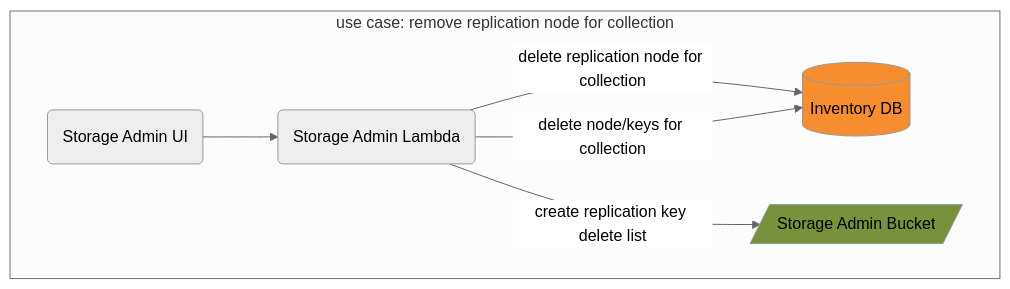
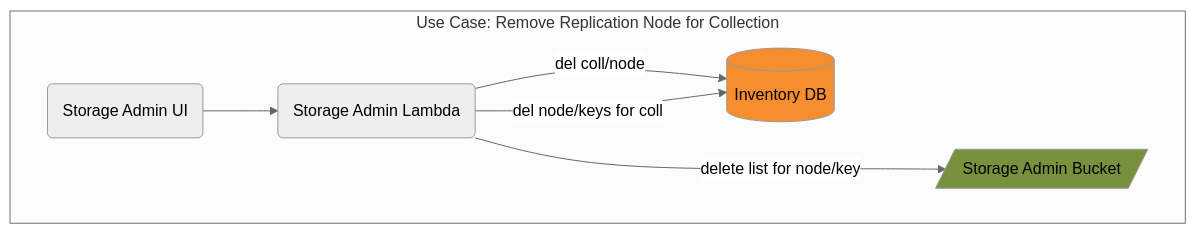
One commit to CDLUC3/mrt-doc changed the diagram in diagrams/store-admin-del-node.mmd. Above: the diagram before and after it, drawn with Mermaid. The commit also changed 9 other files, not shown here.

Commit message:
refine store admin diagrams

```diff
--- a/diagrams/store-admin-del-node.mmd
+++ b/diagrams/store-admin-del-node.mmd
@@ -1,16 +1,16 @@
 %%{init: {'theme': 'neutral', 'securityLevel': 'loose'}}%%
 graph TD
   SAUI("Storage Admin UI")
   SA("Storage Admin Lambda")
   RDS[(Inventory DB)]
   SABUCK[/"Storage Admin Bucket"/]
 
-  subgraph "use case: remove replication node for collection"
+  subgraph "Use Case: Remove Replication Node for Collection"
     SAUI-->SA
-    SA-->|"delete replication node for collection"|RDS
-    SA-->|"create replication key delete list"|SABUCK
-    SA-->|"delete node/keys for collection"|RDS
+    SA-->|"del coll/node"|RDS
+    SA--->|"delete list for node/key"|SABUCK
+    SA-->|"del node/keys for coll"|RDS
   end
 
   style RDS fill:#F68D2F
   style SABUCK fill:#77913C
```
